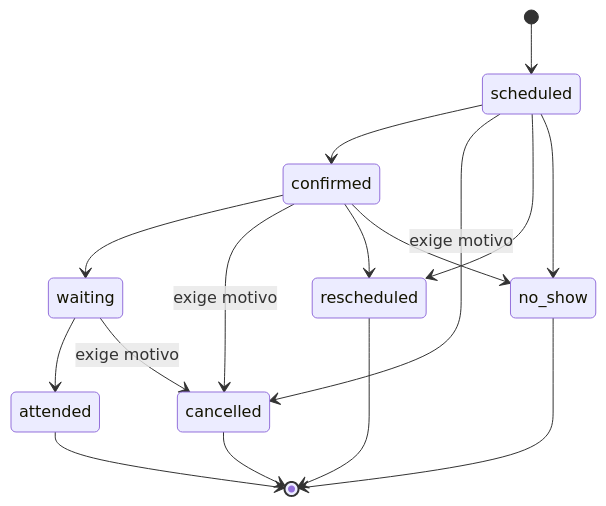
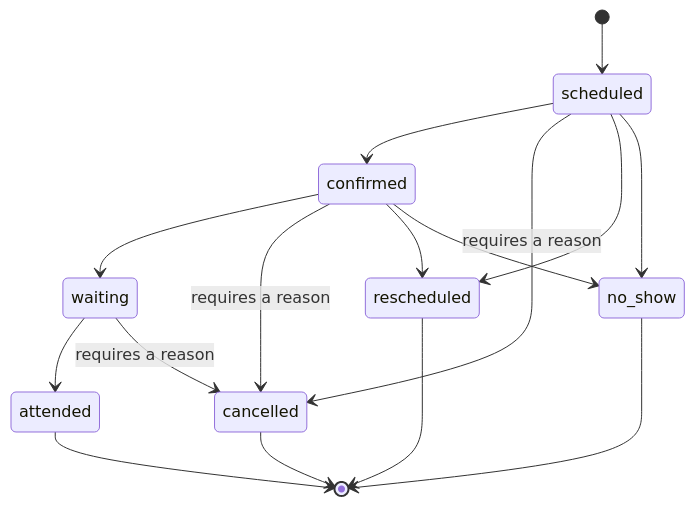
One commit to dylanbc1/dental-clinic-mcp-server changed the third of 3 diagrams in docs/architecture.md. Above: the diagram before and after it, drawn with Mermaid. The commit also changed 18 other files, not shown here.

````diff
--- a/docs/architecture.md
+++ b/docs/architecture.md
@@ -83,18 +83,18 @@
 ```mermaid
 stateDiagram-v2
     [*] --> scheduled
     scheduled --> confirmed
-    scheduled --> cancelled : exige motivo
+    scheduled --> cancelled : requires a reason
     scheduled --> rescheduled
     scheduled --> no_show
     confirmed --> waiting
-    confirmed --> cancelled : exige motivo
+    confirmed --> cancelled : requires a reason
     confirmed --> rescheduled
     confirmed --> no_show
     waiting --> attended
-    waiting --> cancelled : exige motivo
+    waiting --> cancelled : requires a reason
     attended --> [*]
     cancelled --> [*]
     rescheduled --> [*]
     no_show --> [*]
 ```
````
